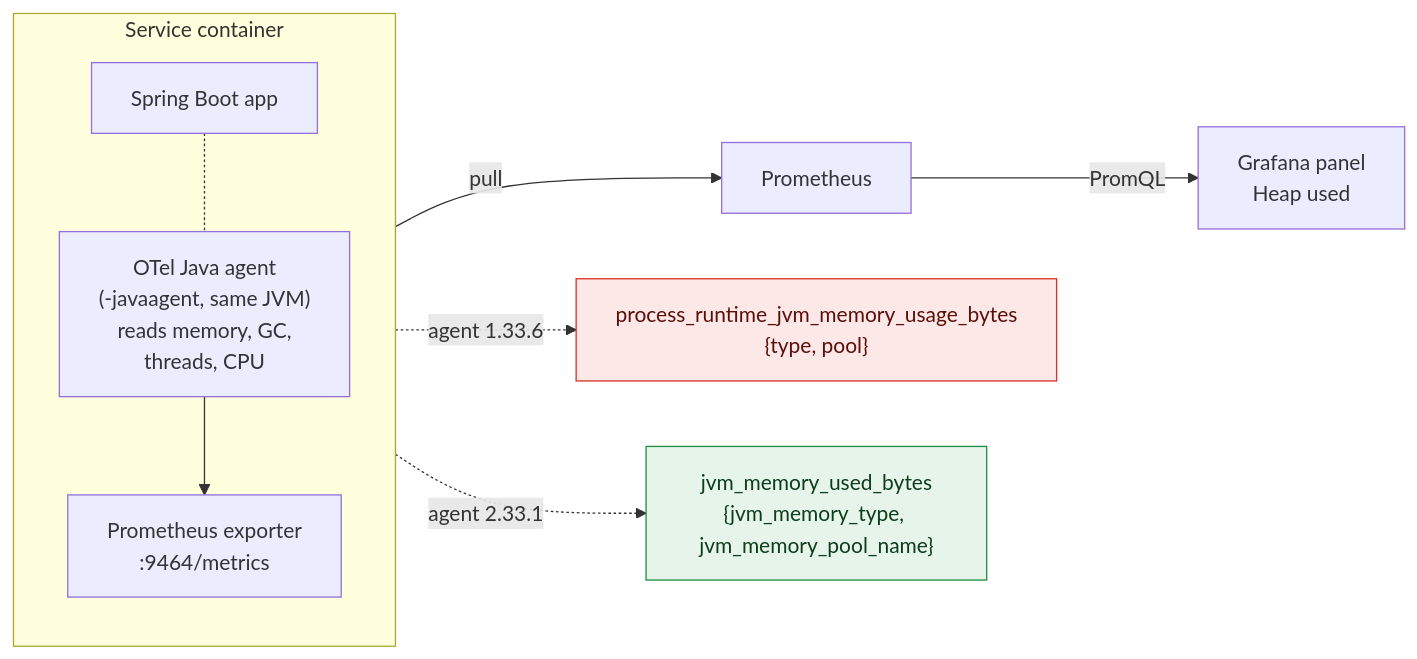
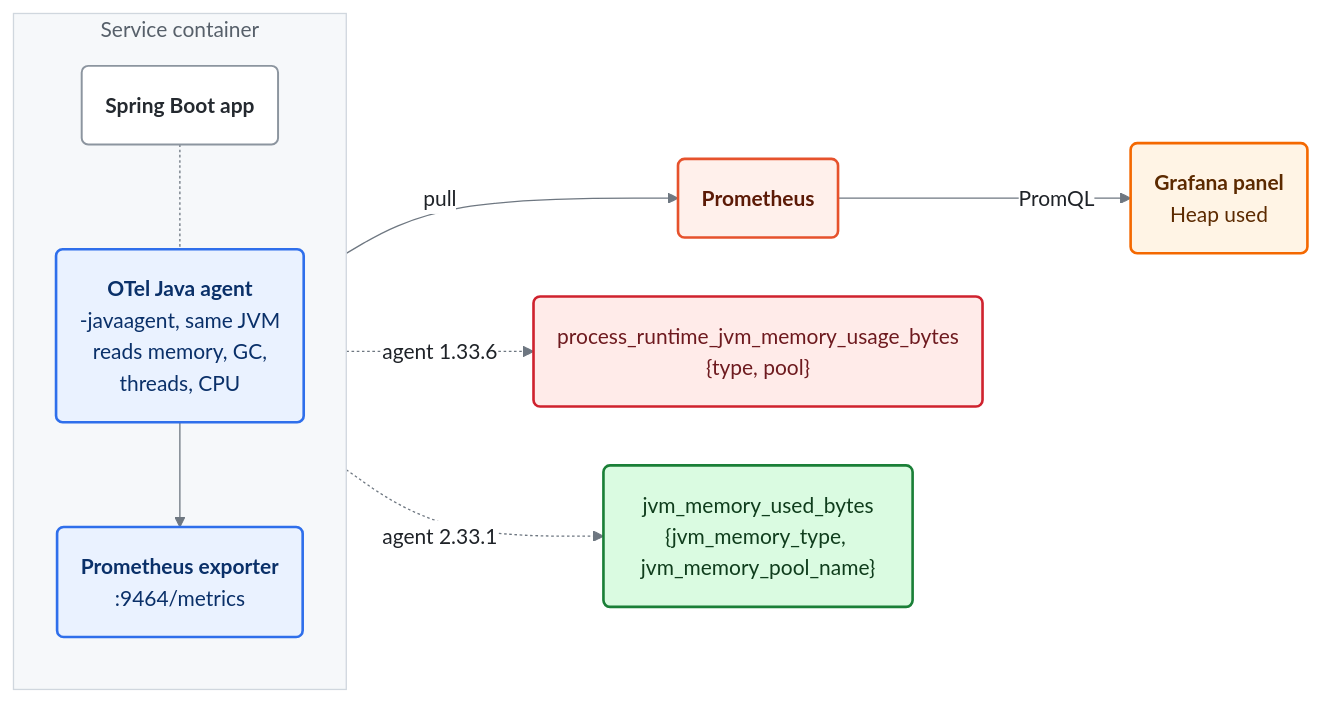
Before and after one commit to imenbkr/demo-otel-jvm-schema-drift: the diagram in docs/diagrams/metric-path.mmd, drawn with Mermaid. The commit also changed 21 other files, not shown here.

Commit message:
Add deploy markers, restyle diagrams, refresh dashboard screenshots

```diff
--- a/docs/diagrams/metric-path.mmd
+++ b/docs/diagrams/metric-path.mmd
@@ -1,17 +1,24 @@
+%%{init: {"theme": "base", "themeVariables": {"fontFamily": "Arial, Helvetica, sans-serif", "fontSize": "16px", "primaryColor": "#ffffff", "primaryBorderColor": "#8c959f", "primaryTextColor": "#1f2328", "lineColor": "#6e7781", "clusterBkg": "#f6f8fa", "clusterBorder": "#d0d7de", "edgeLabelBackground": "#ffffff", "titleColor": "#57606a"}, "flowchart": {"curve": "basis", "nodeSpacing": 45, "rankSpacing": 55, "padding": 18}}}%%
 flowchart LR
   subgraph jvm["Service container"]
     direction TB
-    code["Spring Boot app"]
-    agent["OTel Java agent<br/>(-javaagent, same JVM)<br/>reads memory, GC,<br/>threads, CPU"]
-    exp["Prometheus exporter<br/>:9464/metrics"]
+    code("<b>Spring Boot app</b>"):::infra
+    agent("<b>OTel Java agent</b><br/>-javaagent, same JVM<br/>reads memory, GC,<br/>threads, CPU"):::jvm
+    exp("<b>Prometheus exporter</b><br/>:9464/metrics"):::jvm
     code -.- agent
     agent --> exp
   end
-  exp -->|pull| prom["Prometheus"]
-  prom -->|PromQL| graf["Grafana panel<br/>Heap used"]
+  exp -->|pull| prom("<b>Prometheus</b>"):::prom
+  prom -->|PromQL| graf("<b>Grafana panel</b><br/>Heap used"):::graf
 
-  exp -.->|"agent 1.33.6"| v1["process_runtime_jvm_memory_usage_bytes<br/>{type, pool}"]:::old
-  exp -.->|"agent 2.33.1"| v2["jvm_memory_used_bytes<br/>{jvm_memory_type, jvm_memory_pool_name}"]:::new
+  exp -.->|"agent 1.33.6"| v1("process_runtime_jvm_memory_usage_bytes<br/>{type, pool}"):::bad
+  exp -.->|"agent 2.33.1"| v2("jvm_memory_used_bytes<br/>{jvm_memory_type, jvm_memory_pool_name}"):::ok
 
-  classDef old fill:#fce8e6,stroke:#d93025,color:#5b0f0a
-  classDef new fill:#e6f4ea,stroke:#1e8e3e,color:#0d3d1b
+  classDef jvm fill:#eaf2ff,stroke:#2f6feb,stroke-width:2px,color:#0a3069
+  classDef prom fill:#fff0eb,stroke:#e6522c,stroke-width:2px,color:#5c1a06
+  classDef graf fill:#fff4e5,stroke:#f46800,stroke-width:2px,color:#5c2a00
+  classDef infra fill:#ffffff,stroke:#8c959f,stroke-width:1.5px,color:#24292f
+  classDef gate fill:#f3eeff,stroke:#8250df,stroke-width:2px,color:#3e1f79
+  classDef ok fill:#dafbe1,stroke:#1a7f37,stroke-width:2px,color:#0f3d1c
+  classDef bad fill:#ffebe9,stroke:#cf222e,stroke-width:2px,color:#6e1a1f
+  classDef warn fill:#fff8c5,stroke:#bf8700,stroke-width:2px,color:#4d2d00
```
